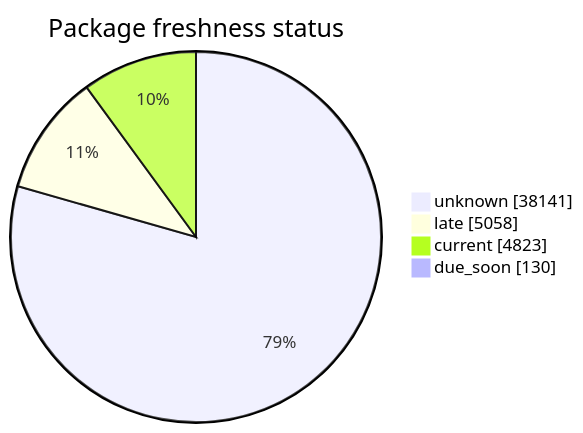
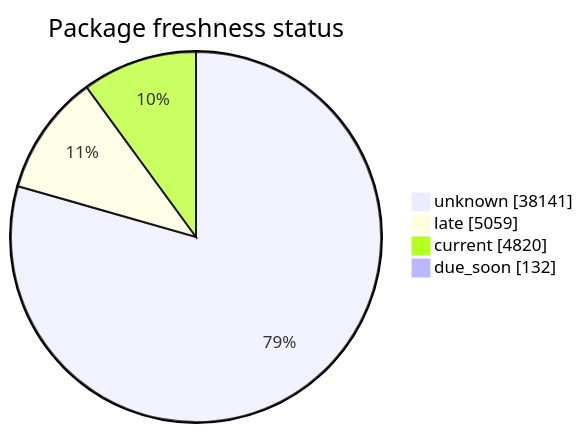
The second of 5 diagrams in FreshCheck/README.md (open-data/analytics-corporate-reporting), drawn with Mermaid before and after one commit. The commit also changed other lines of this file and 3 other files, not shown here.

````diff
--- a/FreshCheck/README.md
+++ b/FreshCheck/README.md
@@ -68,7 +68,7 @@
 ```mermaid
 pie showData title Package freshness status
     "unknown": 38141
-    "late": 5058
-    "current": 4823
-    "due_soon": 130
+    "late": 5059
+    "current": 4820
+    "due_soon": 132
 ```
````
